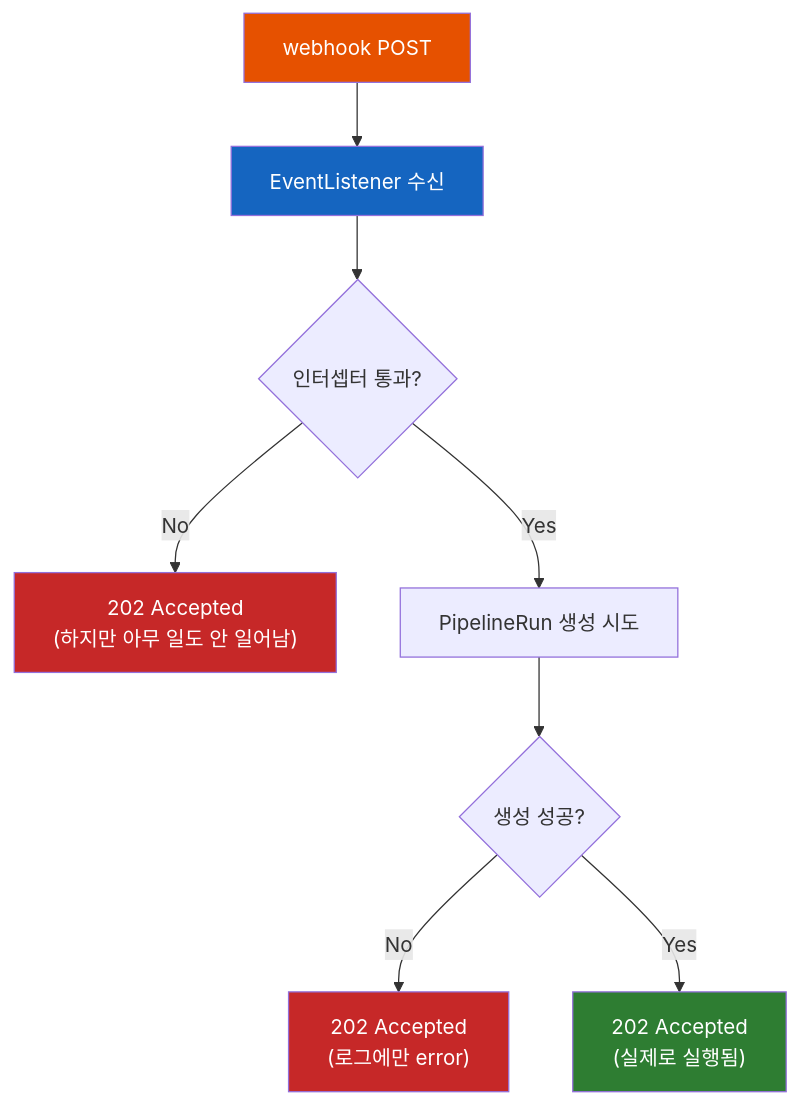
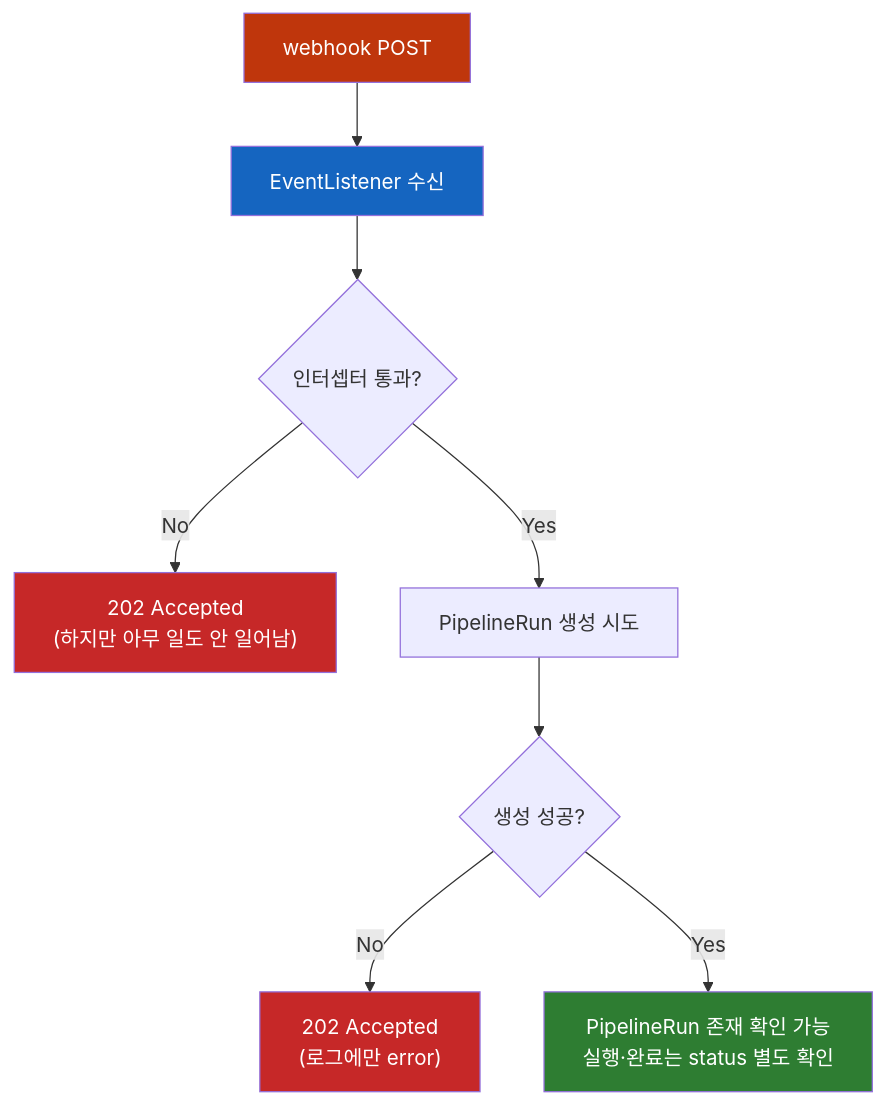
One commit to sskim91/TIL changed the third of 3 diagrams in kubernetes/Tekton-Triggers는-어떻게-git-push를-PipelineRun으로-바꿀까.md. Above: the diagram before and after it, drawn with Mermaid. The commit also changed other lines of this file and 39 other files, not shown here.

````diff
--- a/kubernetes/Tekton-Triggers는-어떻게-git-push를-PipelineRun으로-바꿀까.md
+++ b/kubernetes/Tekton-Triggers는-어떻게-git-push를-PipelineRun으로-바꿀까.md
@@ -648,16 +702,16 @@
 ```mermaid
 flowchart TD
     R["webhook POST"] --> EL["EventListener 수신"]
     EL --> A{"인터셉터 통과?"}
     A -->|No| R202A["202 Accepted<br>(하지만 아무 일도 안 일어남)"]
     A -->|Yes| B["PipelineRun 생성 시도"]
     B --> C{"생성 성공?"}
     C -->|No| R202B["202 Accepted<br>(로그에만 error)"]
-    C -->|Yes| R202C["202 Accepted<br>(실제로 실행됨)"]
+    C -->|Yes| R202C["PipelineRun 존재 확인 가능<br>실행·완료는 status 별도 확인"]
 
-    style R fill:#E65100,color:#fff
+    style R fill:#BF360C,color:#fff
     style EL fill:#1565C0,color:#fff
     style R202A fill:#C62828,color:#fff
     style R202B fill:#C62828,color:#fff
     style R202C fill:#2E7D32,color:#fff
 ```
````
